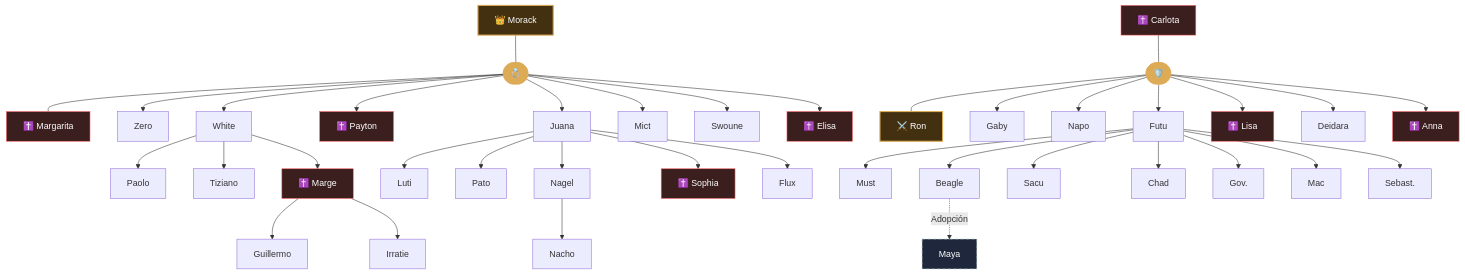
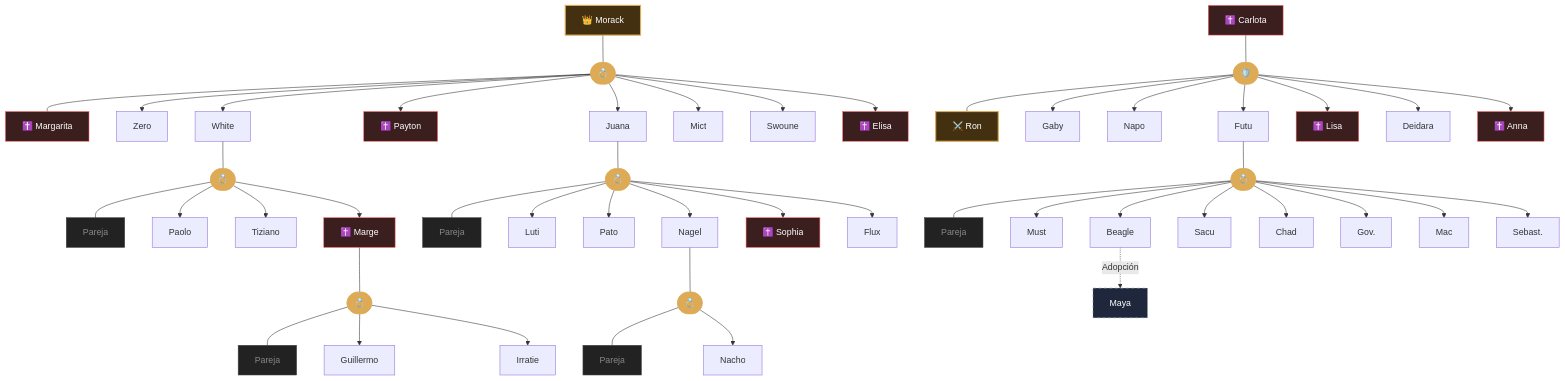
Before and after one commit to mortalpues-pixel/helmreich-wiki: the diagram in content/04_Árbol Genealógico/Árbol Genealógico.md, drawn with Mermaid.

Commit message:
Add spouse connections for all parents in the tree

````diff
--- a/content/04_Árbol Genealógico/Árbol Genealógico.md
+++ b/content/04_Árbol Genealógico/Árbol Genealógico.md
@@ -9,53 +9,59 @@
 ```mermaid
 flowchart TD
     classDef dead fill:#3b1e1e,stroke:#f66,stroke-width:1px,color:#fff;
     classDef adopted fill:#1e273b,stroke:#8aa,stroke-width:1px,color:#fff,stroke-dasharray: 5 5;
     classDef gen0 fill:#423011,stroke:#da5,stroke-width:2px,color:#fff;
     classDef union fill:#da5,stroke:#da5,width:10px,height:10px;
+    classDef spouse fill:#222,stroke:#444,color:#888;
 
     %% --- RAMA PRIMARIA ---
     Morack["👑 Morack"]:::gen0 --- M_Union([💍]):::union --- Margarita["✝️ Margarita"]:::dead
     
     M_Union --> Zero["Zero"]
     M_Union --> White["White"]
     M_Union --> Payton["✝️ Payton"]:::dead
     M_Union --> Juana["Juana"]
     M_Union --> Mict["Mict"]
     M_Union --> Swoune["Swoune"]
     M_Union --> Elisa["✝️ Elisa"]:::dead
 
-    White --> Paolo["Paolo"]
-    White --> Tiziano["Tiziano"]
-    White --> Marge["✝️ Marge"]:::dead
+    White --- W_Union([💍]):::union --- W_Spouse["Pareja"]:::spouse
+    W_Union --> Paolo["Paolo"]
+    W_Union --> Tiziano["Tiziano"]
+    W_Union --> Marge["✝️ Marge"]:::dead
 
-    Marge --> Guillermo["Guillermo"]
-    Marge --> Irratie["Irratie"]
+    Marge --- Ma_Union([💍]):::union --- Ma_Spouse["Pareja"]:::spouse
+    Ma_Union --> Guillermo["Guillermo"]
+    Ma_Union --> Irratie["Irratie"]
 
-    Juana --> Luti["Luti"]
-    Juana --> Pato["Pato"]
-    Juana --> Nagel["Nagel"]
-    Juana --> Sophia["✝️ Sophia"]:::dead
-    Juana --> Flux["Flux"]
+    Juana --- J_Union([💍]):::union --- J_Spouse["Pareja"]:::spouse
+    J_Union --> Luti["Luti"]
+    J_Union --> Pato["Pato"]
+    J_Union --> Nagel["Nagel"]
+    J_Union --> Sophia["✝️ Sophia"]:::dead
+    J_Union --> Flux["Flux"]
 
-    Nagel --> Nacho["Nacho"]
+    Nagel --- N_Union([💍]):::union --- N_Spouse["Pareja"]:::spouse
+    N_Union --> Nacho["Nacho"]
 
     %% --- RAMA SECUNDARIA ---
     Carlota["✝️ Carlota"]:::dead --- C_Union([🛡️]):::union --- Ron["⚔️ Ron"]:::gen0
 
     C_Union --> Gaby["Gaby"]
     C_Union --> Napo["Napo"]
     C_Union --> Futu["Futu"]
     C_Union --> Lisa["✝️ Lisa"]:::dead
     C_Union --> Deidara["Deidara"]
     C_Union --> Anna["✝️ Anna"]:::dead
 
-    Futu --> Must["Must"]
-    Futu --> Beagle["Beagle"]
-    Futu --> Sacu["Sacu"]
-    Futu --> Chad["Chad"]
-    Futu --> Governor["Gov."]
-    Futu --> Mac["Mac"]
-    Futu --> Sebastian["Sebast."]
+    Futu --- F_Union([💍]):::union --- F_Spouse["Pareja"]:::spouse
+    F_Union --> Must["Must"]
+    F_Union --> Beagle["Beagle"]
+    F_Union --> Sacu["Sacu"]
+    F_Union --> Chad["Chad"]
+    F_Union --> Governor["Gov."]
+    F_Union --> Mac["Mac"]
+    F_Union --> Sebastian["Sebast."]
 
     Beagle -. Adopción .-> Maya["Maya"]:::adopted
 ```
````
